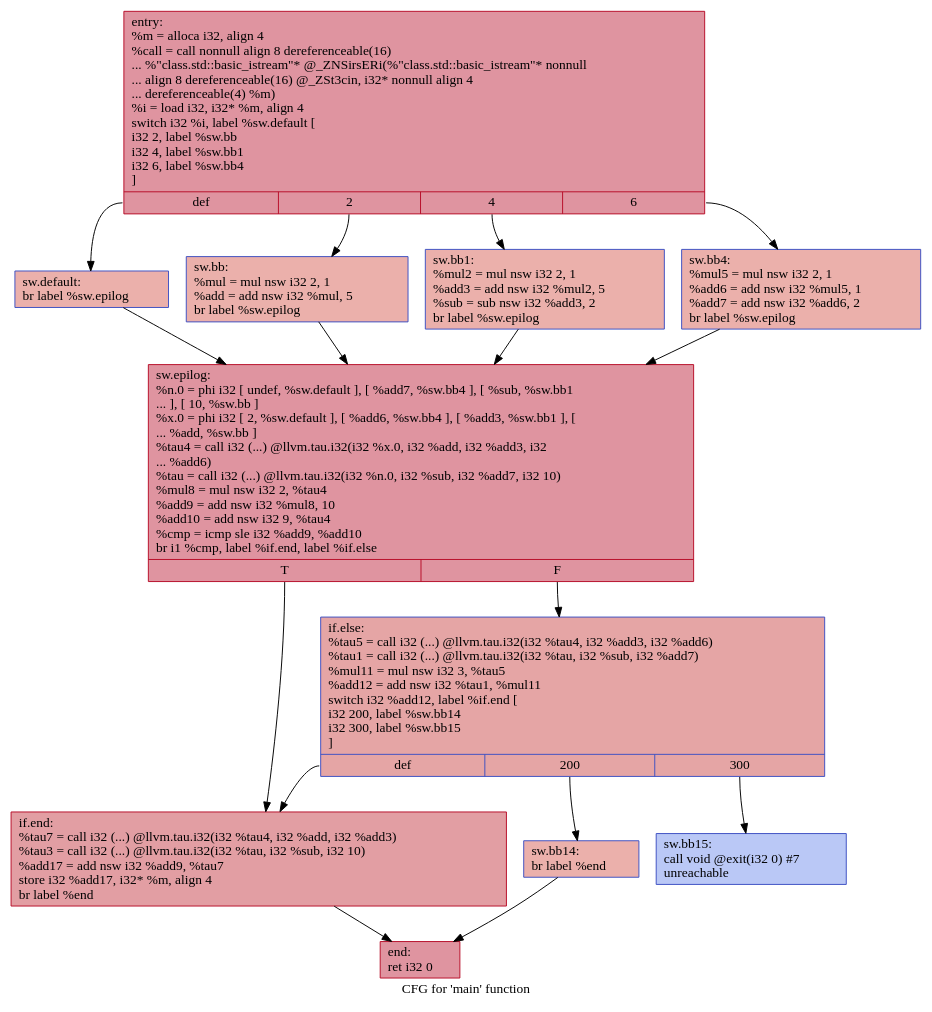
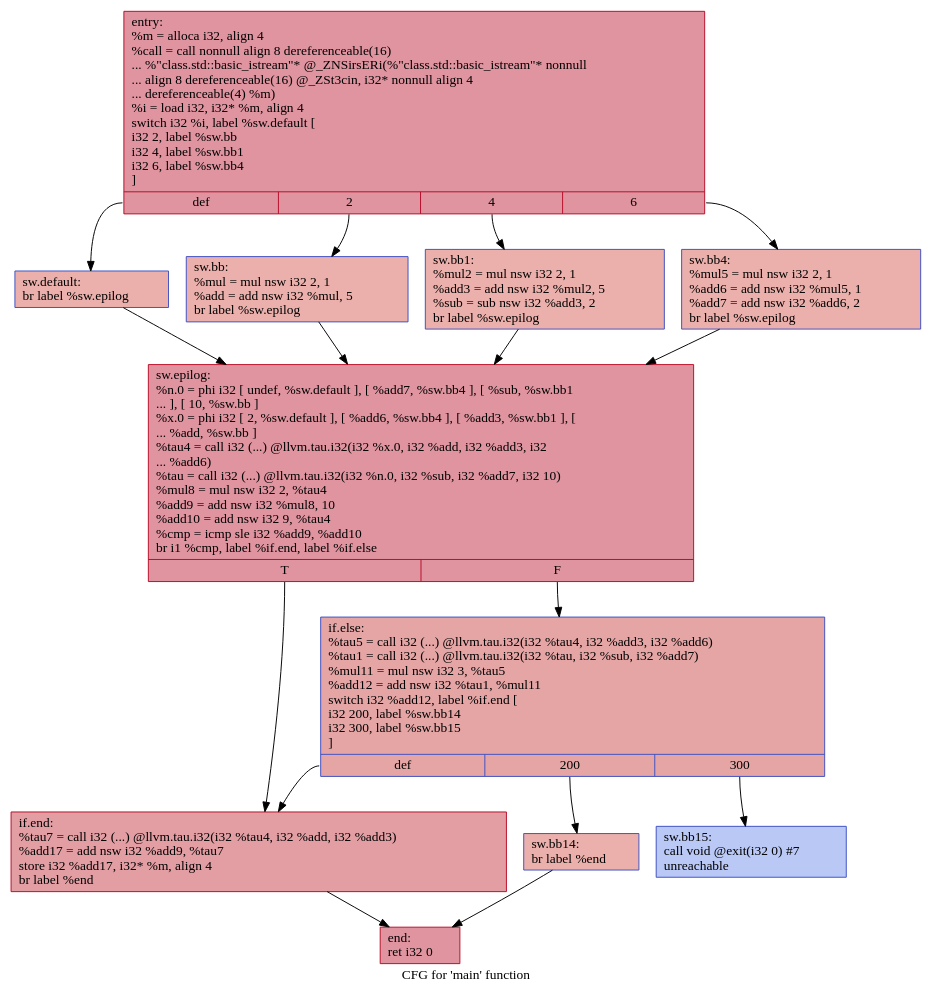
The diagram in IR/cfg/afterHPSSA.dot (HPSSA-LLVM/HPSSA-LLVM), drawn with Graphviz before and after one commit. The commit also changed 25 other files, not shown here.

```diff
--- a/IR/cfg/afterHPSSA.dot
+++ b/IR/cfg/afterHPSSA.dot
@@ -1,30 +1,30 @@
 digraph "CFG for 'main' function" {
 	label="CFG for 'main' function";
 
-	Node0x55f6c22ce230 [shape=record,color="#b70d28ff", style=filled, fillcolor="#b70d2870",label="{entry:\l  %m = alloca i32, align 4\l  %call = call nonnull align 8 dereferenceable(16)\l... %\"class.std::basic_istream\"* @_ZNSirsERi(%\"class.std::basic_istream\"* nonnull\l... align 8 dereferenceable(16) @_ZSt3cin, i32* nonnull align 4\l... dereferenceable(4) %m)\l  %i = load i32, i32* %m, align 4\l  switch i32 %i, label %sw.default [\l    i32 2, label %sw.bb\l    i32 4, label %sw.bb1\l    i32 6, label %sw.bb4\l  ]\l|{<s0>def|<s1>2|<s2>4|<s3>6}}"];
-	Node0x55f6c22ce230:s0 -> Node0x55f6c22ce670;
-	Node0x55f6c22ce230:s1 -> Node0x55f6c22ce780;
-	Node0x55f6c22ce230:s2 -> Node0x55f6c22ce880;
-	Node0x55f6c22ce230:s3 -> Node0x55f6c22ce980;
-	Node0x55f6c22ce780 [shape=record,color="#3d50c3ff", style=filled, fillcolor="#d24b4070",label="{sw.bb:                                            \l  %mul = mul nsw i32 2, 1\l  %add = add nsw i32 %mul, 5\l  br label %sw.epilog\l}"];
-	Node0x55f6c22ce780 -> Node0x55f6c22cec30;
-	Node0x55f6c22ce880 [shape=record,color="#3d50c3ff", style=filled, fillcolor="#d24b4070",label="{sw.bb1:                                           \l  %mul2 = mul nsw i32 2, 1\l  %add3 = add nsw i32 %mul2, 5\l  %sub = sub nsw i32 %add3, 2\l  br label %sw.epilog\l}"];
-	Node0x55f6c22ce880 -> Node0x55f6c22cec30;
-	Node0x55f6c22ce980 [shape=record,color="#3d50c3ff", style=filled, fillcolor="#d24b4070",label="{sw.bb4:                                           \l  %mul5 = mul nsw i32 2, 1\l  %add6 = add nsw i32 %mul5, 1\l  %add7 = add nsw i32 %add6, 2\l  br label %sw.epilog\l}"];
-	Node0x55f6c22ce980 -> Node0x55f6c22cec30;
-	Node0x55f6c22ce670 [shape=record,color="#3d50c3ff", style=filled, fillcolor="#d24b4070",label="{sw.default:                                       \l  br label %sw.epilog\l}"];
-	Node0x55f6c22ce670 -> Node0x55f6c22cec30;
-	Node0x55f6c22cec30 [shape=record,color="#b70d28ff", style=filled, fillcolor="#b70d2870",label="{sw.epilog:                                        \l  %n.0 = phi i32 [ undef, %sw.default ], [ %add7, %sw.bb4 ], [ %sub, %sw.bb1\l... ], [ 10, %sw.bb ]\l  %x.0 = phi i32 [ 2, %sw.default ], [ %add6, %sw.bb4 ], [ %add3, %sw.bb1 ], [\l... %add, %sw.bb ]\l  %tau4 = call i32 (...) @llvm.tau.i32(i32 %x.0, i32 %add, i32 %add3, i32\l... %add6)\l  %tau = call i32 (...) @llvm.tau.i32(i32 %n.0, i32 %sub, i32 %add7, i32 10)\l  %mul8 = mul nsw i32 2, %tau4\l  %add9 = add nsw i32 %mul8, 10\l  %add10 = add nsw i32 9, %tau4\l  %cmp = icmp sle i32 %add9, %add10\l  br i1 %cmp, label %if.end, label %if.else\l|{<s0>T|<s1>F}}"];
-	Node0x55f6c22cec30:s0 -> Node0x55f6c22d0480;
-	Node0x55f6c22cec30:s1 -> Node0x55f6c22d04f0;
-	Node0x55f6c22d04f0 [shape=record,color="#3d50c3ff", style=filled, fillcolor="#c5333470",label="{if.else:                                          \l  %tau5 = call i32 (...) @llvm.tau.i32(i32 %tau4, i32 %add3, i32 %add6)\l  %tau1 = call i32 (...) @llvm.tau.i32(i32 %tau, i32 %sub, i32 %add7)\l  %mul11 = mul nsw i32 3, %tau5\l  %add12 = add nsw i32 %tau1, %mul11\l  switch i32 %add12, label %if.end [\l    i32 200, label %sw.bb14\l    i32 300, label %sw.bb15\l  ]\l|{<s0>def|<s1>200|<s2>300}}"];
-	Node0x55f6c22d04f0:s0 -> Node0x55f6c22d0480;
-	Node0x55f6c22d04f0:s1 -> Node0x55f6c22d08b0;
-	Node0x55f6c22d04f0:s2 -> Node0x55f6c22d0950;
-	Node0x55f6c22d08b0 [shape=record,color="#3d50c3ff", style=filled, fillcolor="#d24b4070",label="{sw.bb14:                                          \l  br label %end\l}"];
-	Node0x55f6c22d08b0 -> Node0x55f6c22d0ae0;
-	Node0x55f6c22d0950 [shape=record,color="#3d50c3ff", style=filled, fillcolor="#6282ea70",label="{sw.bb15:                                          \l  call void @exit(i32 0) #7\l  unreachable\l}"];
-	Node0x55f6c22d0480 [shape=record,color="#b70d28ff", style=filled, fillcolor="#be242e70",label="{if.end:                                           \l  %tau7 = call i32 (...) @llvm.tau.i32(i32 %tau4, i32 %add, i32 %add3)\l  %tau3 = call i32 (...) @llvm.tau.i32(i32 %tau, i32 %sub, i32 10)\l  %add17 = add nsw i32 %add9, %tau7\l  store i32 %add17, i32* %m, align 4\l  br label %end\l}"];
-	Node0x55f6c22d0480 -> Node0x55f6c22d0ae0;
-	Node0x55f6c22d0ae0 [shape=record,color="#b70d28ff", style=filled, fillcolor="#b70d2870",label="{end:                                              \l  ret i32 0\l}"];
+	Node0x565256aaf170 [shape=record,color="#b70d28ff", style=filled, fillcolor="#b70d2870",label="{entry:\l  %m = alloca i32, align 4\l  %call = call nonnull align 8 dereferenceable(16)\l... %\"class.std::basic_istream\"* @_ZNSirsERi(%\"class.std::basic_istream\"* nonnull\l... align 8 dereferenceable(16) @_ZSt3cin, i32* nonnull align 4\l... dereferenceable(4) %m)\l  %i = load i32, i32* %m, align 4\l  switch i32 %i, label %sw.default [\l    i32 2, label %sw.bb\l    i32 4, label %sw.bb1\l    i32 6, label %sw.bb4\l  ]\l|{<s0>def|<s1>2|<s2>4|<s3>6}}"];
+	Node0x565256aaf170:s0 -> Node0x565256aaf5b0;
+	Node0x565256aaf170:s1 -> Node0x565256aaf6c0;
+	Node0x565256aaf170:s2 -> Node0x565256aaf7c0;
+	Node0x565256aaf170:s3 -> Node0x565256aaf8c0;
+	Node0x565256aaf6c0 [shape=record,color="#3d50c3ff", style=filled, fillcolor="#d24b4070",label="{sw.bb:                                            \l  %mul = mul nsw i32 2, 1\l  %add = add nsw i32 %mul, 5\l  br label %sw.epilog\l}"];
+	Node0x565256aaf6c0 -> Node0x565256aafb70;
+	Node0x565256aaf7c0 [shape=record,color="#3d50c3ff", style=filled, fillcolor="#d24b4070",label="{sw.bb1:                                           \l  %mul2 = mul nsw i32 2, 1\l  %add3 = add nsw i32 %mul2, 5\l  %sub = sub nsw i32 %add3, 2\l  br label %sw.epilog\l}"];
+	Node0x565256aaf7c0 -> Node0x565256aafb70;
+	Node0x565256aaf8c0 [shape=record,color="#3d50c3ff", style=filled, fillcolor="#d24b4070",label="{sw.bb4:                                           \l  %mul5 = mul nsw i32 2, 1\l  %add6 = add nsw i32 %mul5, 1\l  %add7 = add nsw i32 %add6, 2\l  br label %sw.epilog\l}"];
+	Node0x565256aaf8c0 -> Node0x565256aafb70;
+	Node0x565256aaf5b0 [shape=record,color="#3d50c3ff", style=filled, fillcolor="#d24b4070",label="{sw.default:                                       \l  br label %sw.epilog\l}"];
+	Node0x565256aaf5b0 -> Node0x565256aafb70;
+	Node0x565256aafb70 [shape=record,color="#b70d28ff", style=filled, fillcolor="#b70d2870",label="{sw.epilog:                                        \l  %n.0 = phi i32 [ undef, %sw.default ], [ %add7, %sw.bb4 ], [ %sub, %sw.bb1\l... ], [ 10, %sw.bb ]\l  %x.0 = phi i32 [ 2, %sw.default ], [ %add6, %sw.bb4 ], [ %add3, %sw.bb1 ], [\l... %add, %sw.bb ]\l  %tau4 = call i32 (...) @llvm.tau.i32(i32 %x.0, i32 %add, i32 %add3, i32\l... %add6)\l  %tau = call i32 (...) @llvm.tau.i32(i32 %n.0, i32 %sub, i32 %add7, i32 10)\l  %mul8 = mul nsw i32 2, %tau4\l  %add9 = add nsw i32 %mul8, 10\l  %add10 = add nsw i32 9, %tau4\l  %cmp = icmp sle i32 %add9, %add10\l  br i1 %cmp, label %if.end, label %if.else\l|{<s0>T|<s1>F}}"];
+	Node0x565256aafb70:s0 -> Node0x565256ab13c0;
+	Node0x565256aafb70:s1 -> Node0x565256ab1430;
+	Node0x565256ab1430 [shape=record,color="#3d50c3ff", style=filled, fillcolor="#c5333470",label="{if.else:                                          \l  %tau5 = call i32 (...) @llvm.tau.i32(i32 %tau4, i32 %add3, i32 %add6)\l  %tau1 = call i32 (...) @llvm.tau.i32(i32 %tau, i32 %sub, i32 %add7)\l  %mul11 = mul nsw i32 3, %tau5\l  %add12 = add nsw i32 %tau1, %mul11\l  switch i32 %add12, label %if.end [\l    i32 200, label %sw.bb14\l    i32 300, label %sw.bb15\l  ]\l|{<s0>def|<s1>200|<s2>300}}"];
+	Node0x565256ab1430:s0 -> Node0x565256ab13c0;
+	Node0x565256ab1430:s1 -> Node0x565256ab17f0;
+	Node0x565256ab1430:s2 -> Node0x565256ab1890;
+	Node0x565256ab17f0 [shape=record,color="#3d50c3ff", style=filled, fillcolor="#d24b4070",label="{sw.bb14:                                          \l  br label %end\l}"];
+	Node0x565256ab17f0 -> Node0x565256ab1a20;
+	Node0x565256ab1890 [shape=record,color="#3d50c3ff", style=filled, fillcolor="#6282ea70",label="{sw.bb15:                                          \l  call void @exit(i32 0) #7\l  unreachable\l}"];
+	Node0x565256ab13c0 [shape=record,color="#b70d28ff", style=filled, fillcolor="#be242e70",label="{if.end:                                           \l  %tau7 = call i32 (...) @llvm.tau.i32(i32 %tau4, i32 %add, i32 %add3)\l  %add17 = add nsw i32 %add9, %tau7\l  store i32 %add17, i32* %m, align 4\l  br label %end\l}"];
+	Node0x565256ab13c0 -> Node0x565256ab1a20;
+	Node0x565256ab1a20 [shape=record,color="#b70d28ff", style=filled, fillcolor="#b70d2870",label="{end:                                              \l  ret i32 0\l}"];
 }
```
